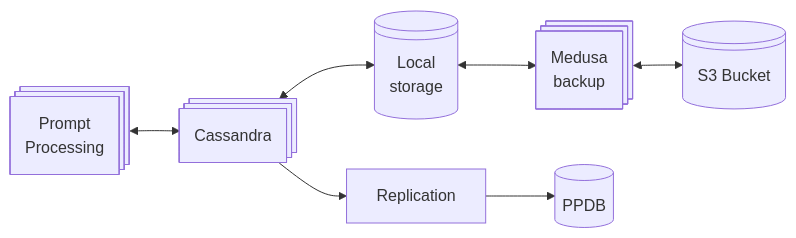
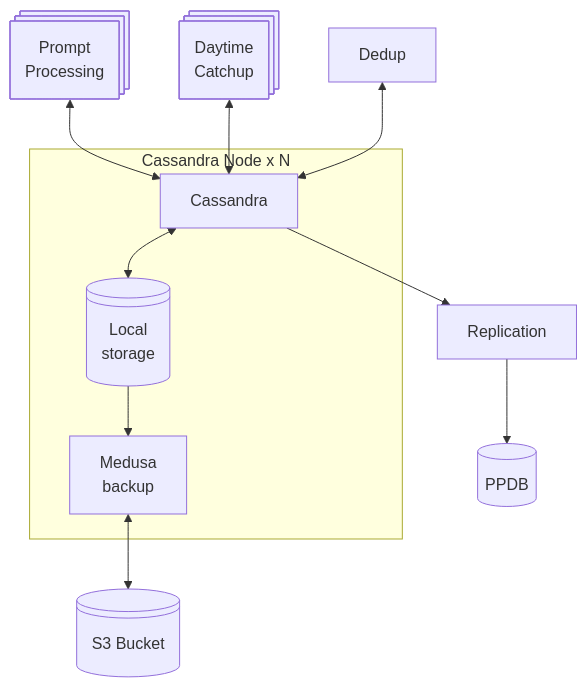
Before and after one commit to lsst/df-ops: the diagram in docs/usdf-applications/ap/apdb/info.rst, drawn with Mermaid. The commit also changed other lines of this file, not shown here.

Commit message:
Add more details about new actors

```diff
--- a/docs/usdf-applications/ap/apdb/info.rst
+++ b/docs/usdf-applications/ap/apdb/info.rst
@@ -23,10 +24,19 @@
 .. mermaid::
 
-  flowchart LR
+  flowchart TD
           pp@{ shape: procs, label: "Prompt<br/>Processing" }
-          pp <--> c8@{ shape: procs, label: "Cassandra"}
-          c8 <--> disk@{ shape: lin-cyl, label: "Local<br/>storage" }
-          disk <--> medusa@{ shape: procs, label: "Medusa<br/>backup" }
+          daytime@{ shape: procs, label: "Daytime<br/>Catchup" }
+          dedup@{ shape: proc, label: "Dedup" }
+          subgraph Cassandra Node x N
+            c8@{ shape: proc, label: "Cassandra"}
+            disk@{ shape: lin-cyl, label: "Local<br/>storage" }
+            medusa@{ shape: proc, label: "Medusa<br/>backup" }
+            c8 <--> disk
+            disk --> medusa
+          end
+          pp <--> c8
+          daytime <--> c8
+          dedup <--> c8
           medusa <--> S3disk@{ shape: lin-cyl, label: "S3 Bucket" }
           c8 --> replication["Replication"]
           replication --> ppdb[("PPDB")]
```
